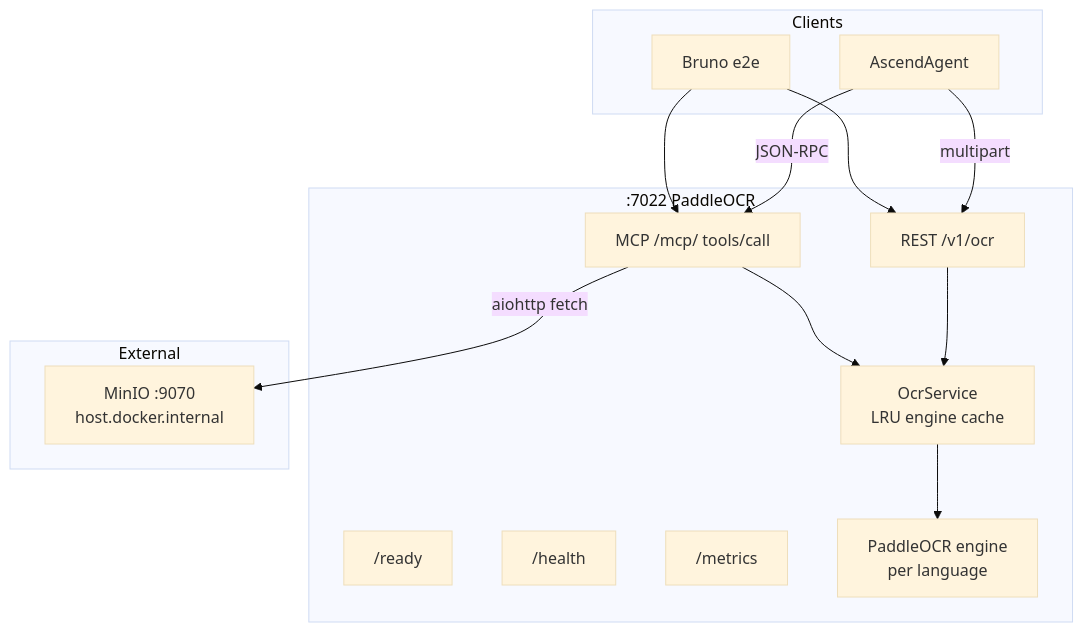
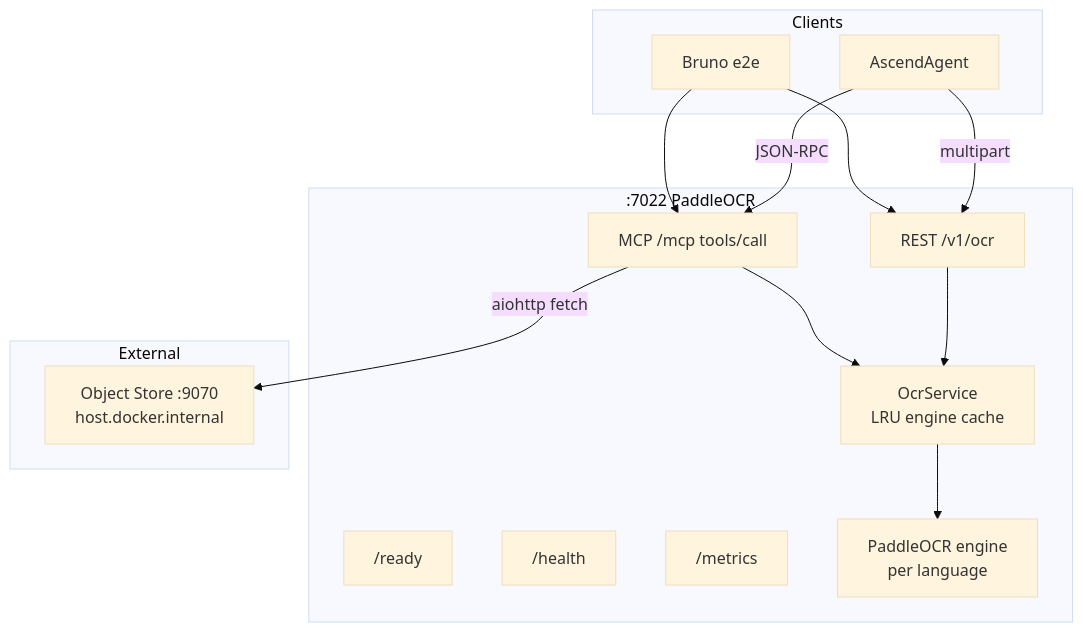
Before and after one commit to Lukk17/AscendAI: the diagram in PaddleOCR/README.md, drawn with Mermaid (base theme). The commit also changed other lines of this file and 207 other files, not shown here.

First line of the commit message:
feat(storage): replace MinIO with Floci as the local object store

````diff
--- a/PaddleOCR/README.md
+++ b/PaddleOCR/README.md
@@ -104,33 +104,33 @@
 ```mermaid
 graph TB
     accTitle: PaddleOCR service architecture
     accDescr: Two API surfaces (REST + MCP) on port 7022 share one OcrService backed by an LRU engine cache.
 
     subgraph Clients
         Agent[AscendAgent]
         Bruno[Bruno e2e]
     end
 
     subgraph PaddleOCR[":7022 PaddleOCR"]
         REST["REST /v1/ocr"]
-        MCP["MCP /mcp/ tools/call"]
+        MCP["MCP /mcp tools/call"]
         Ready["/ready"]
         Health["/health"]
         Metrics["/metrics"]
         Service["OcrService\nLRU engine cache"]
         Engine["PaddleOCR engine\nper language"]
     end
 
     subgraph External
-        MinIO["MinIO :9070\nhost.docker.internal"]
+        ObjectStore["Object Store :9070\nhost.docker.internal"]
     end
 
     Agent -->|multipart| REST
     Agent -->|JSON-RPC| MCP
     Bruno --> REST
     Bruno --> MCP
-    MCP -->|aiohttp fetch| MinIO
+    MCP -->|aiohttp fetch| ObjectStore
     REST --> Service
     MCP --> Service
     Service --> Engine
 ```
````
